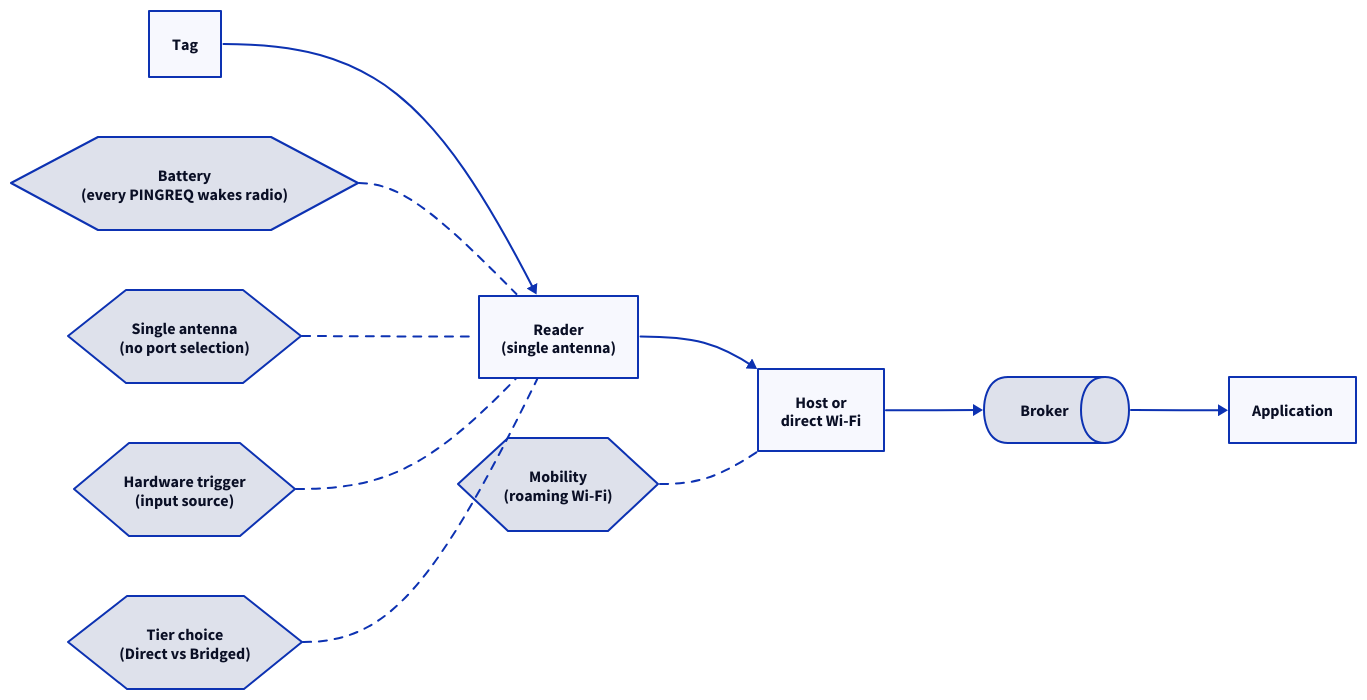
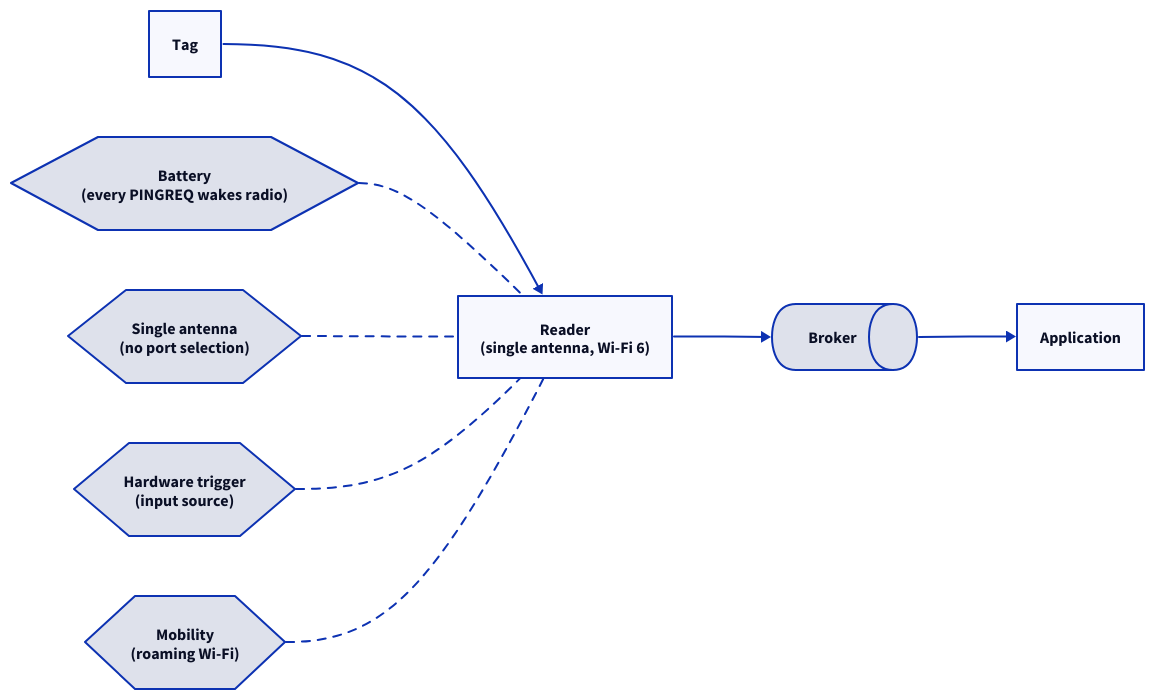
Before and after one commit to admiral-ai/zebra-handheld-rfid-iotc: the diagram in docs/foundations/architecture/handheld-considerations.md, drawn with D2. The commit also changed other lines of this file and 72 other files, not shown here.

First line of the commit message:
Remove RFD40 Standard, the host/Bridged model, and SOTI-only commands

````diff
--- a/docs/foundations/architecture/handheld-considerations.md
+++ b/docs/foundations/architecture/handheld-considerations.md
@@ -28,23 +20,19 @@
 ```d2
 direction: right
 T: Tag
-R: "Reader\n(single antenna)"
-H: "Host or\ndirect Wi-Fi"
+R: "Reader\n(single antenna, Wi-Fi 6)"
 B: Broker { shape: queue }
 A: Application
 T -> R
-R -> H
-H -> B
+R -> B
 B -> A
 c1: "Battery\n(every PINGREQ wakes radio)" { shape: hexagon }
 c2: "Single antenna\n(no port selection)" { shape: hexagon }
 c3: "Hardware trigger\n(input source)" { shape: hexagon }
 c4: "Mobility\n(roaming Wi-Fi)" { shape: hexagon }
-c5: "Tier choice\n(Direct vs Bridged)" { shape: hexagon }
 c1 -- R { style.stroke-dash: 4 }
 c2 -- R { style.stroke-dash: 4 }
 c3 -- R { style.stroke-dash: 4 }
-c4 -- H { style.stroke-dash: 4 }
-c5 -- R { style.stroke-dash: 4 }
+c4 -- R { style.stroke-dash: 4 }
 
 ```
````
